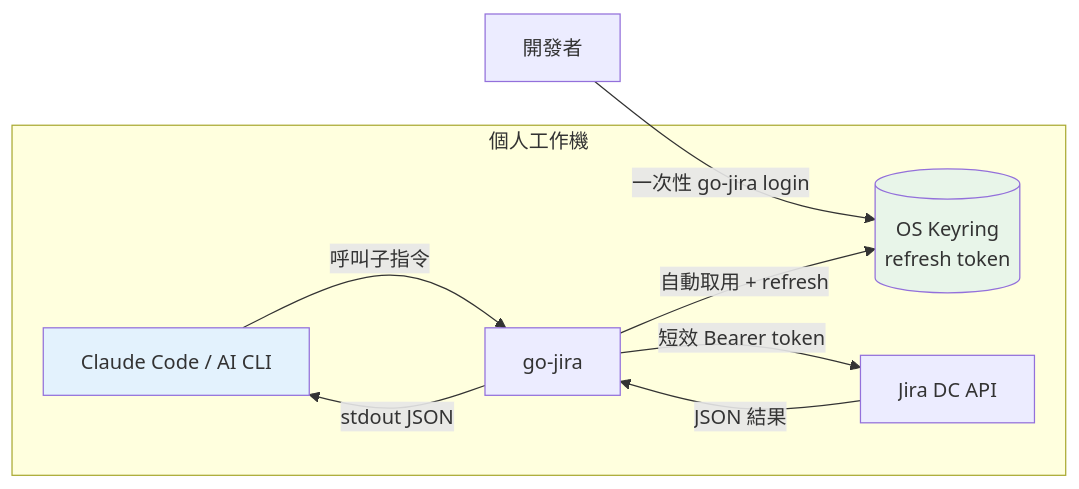
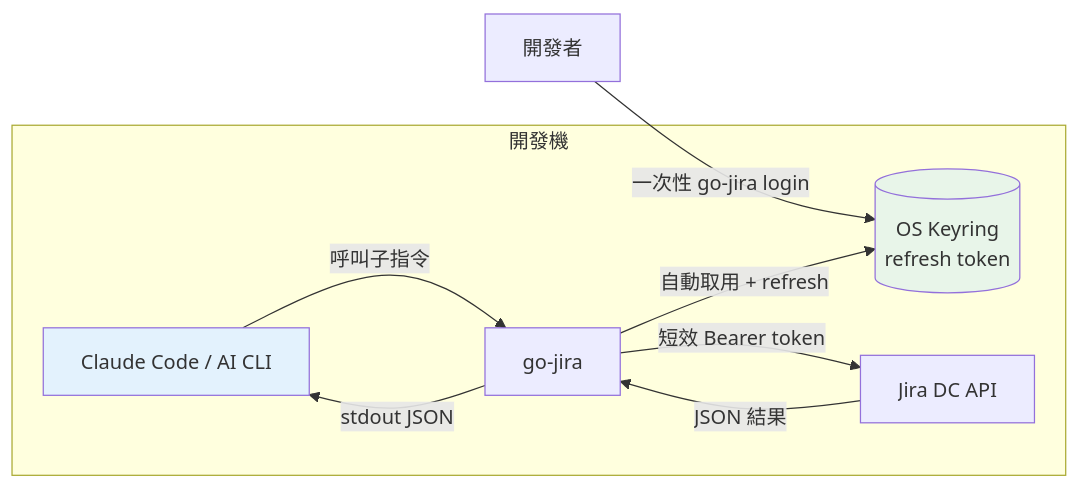
Before and after one commit to appleboy/blog: the third of 4 diagrams in content/posts/2026-06-06-go-jira-oauth-ai-cli-jira-zh-tw.md, drawn with Mermaid. The commit also changed other lines of this file and 1 other file, not shown here.

````diff
--- a/content/posts/2026-06-06-go-jira-oauth-ai-cli-jira-zh-tw.md
+++ b/content/posts/2026-06-06-go-jira-oauth-ai-cli-jira-zh-tw.md
@@ -166,13 +166,13 @@
 ```mermaid
 flowchart LR
     Dev[開發者] -->|一次性 go-jira login| KR[(OS Keyring<br/>refresh token)]
-    subgraph 個人工作機
+    subgraph 開發機
         CC[Claude Code / AI CLI] -->|呼叫子指令| GJ[go-jira]
         GJ -->|自動取用 + refresh| KR
         GJ -->|短效 Bearer token| API[Jira DC API]
     end
     API -->|JSON 結果| GJ
     GJ -->|stdout JSON| CC
     style KR fill:#e8f5e9
     style CC fill:#e3f2fd
 ```
````
